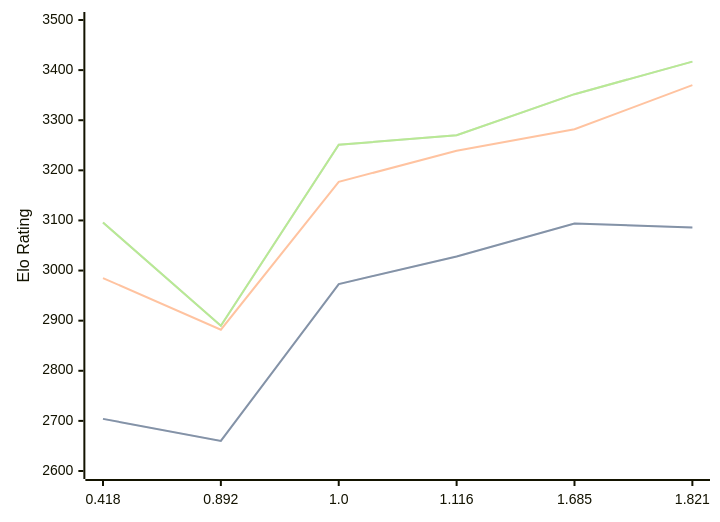
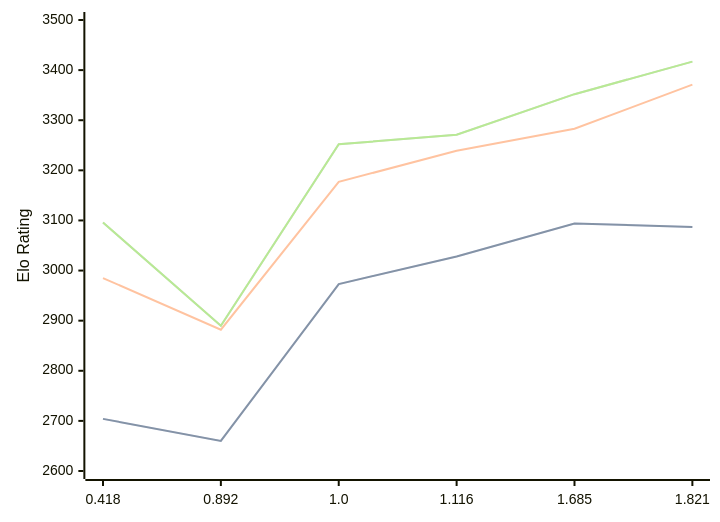
The diagram in engines/Malika.md (computer-chess-index/cci), drawn with Mermaid before and after one commit. The commit also changed other lines of this file, not shown here.

Commit message:
Update CCI Ratings (ELO VLTC) - 2026-08-20

````diff
--- a/engines/Malika.md
+++ b/engines/Malika.md
@@ -36,11 +36,11 @@
 ```mermaid
 %%{init: {"theme":"base","themeVariables":{"seriesColors:['#a3a3a3','#222221','#faa371']}}}%%
 xychart-beta
   x-axis ["0.418", "0.892", "1.0", "1.116", "1.685", "1.821"]
   y-axis "Elo Rating" 2600 --> 3500
-  line "STC (8.0+0.08s)" [2704, 2660, 2973, 3028, 3094, 3086]
-  line "STC (8.0+0.08s)" [2704, 2660, 2973, 3028, 3094, 3086]
-  line "LTC (60.0+0.60s)" [2985, 2882, 3177, 3239, 3282, 3370]
-  line "VLTC (2m24s+1.12s)" [3096, 2890, 3251, 3270, 3352, 3417]
-  line "VLTC (2m24s+1.12s)" [3096, 2890, 3251, 3270, 3352, 3417]
+  line "STC (8.0+0.08s)" [2704, 2660, 2973, 3028, 3094, 3087]
+  line "STC (8.0+0.08s)" [2704, 2660, 2973, 3028, 3094, 3087]
+  line "LTC (60.0+0.60s)" [2985, 2882, 3177, 3239, 3283, 3371]
+  line "VLTC (2m24s+1.12s)" [3096, 2890, 3252, 3271, 3352, 3417]
+  line "VLTC (2m24s+1.12s)" [3096, 2890, 3252, 3271, 3352, 3417]
 ```
````
